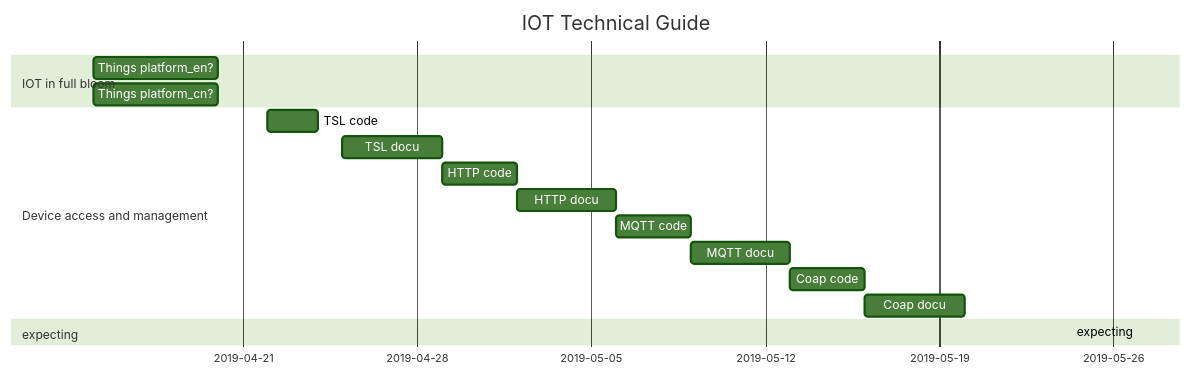
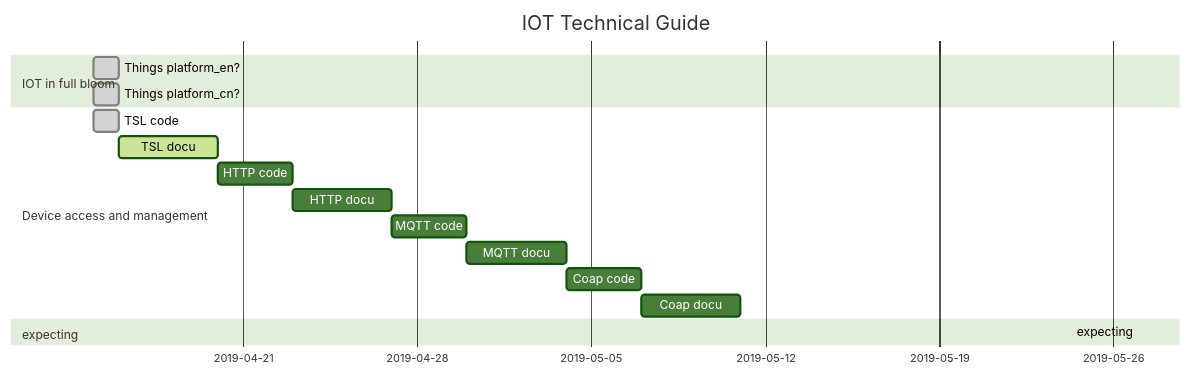
Before and after one commit to IoT-Technology/IoT-Technical-Guide: the diagram in doc/gantt_en.md, drawn with Mermaid (forest theme). The commit also changed 4 other files, not shown here.

````diff
--- a/doc/gantt_en.md
+++ b/doc/gantt_en.md
@@ -1,27 +1,27 @@
 ```mermaid
 gantt
 	dateFormat YYYY-MM-DD
 	title IOT Technical Guide
 	
 	section IOT in full bloom
-	Things platform_en?    :    des1, 2019-04-15,2019-04-20
-	Things platform_cn?    :    des1, 2019-04-15,2019-04-20
+	Things platform_en?    :done,    des1, 2019-04-15,2019-04-16
+	Things platform_cn?    :done,    des1, 2019-04-15,2019-04-16
 	
 	section Device access and management
-    TSL code               :    des1, 2019-04-22,2019-04-24
-    TSL docu               :    des2, 2019-04-25, 4d
+    TSL code               :done,    des1, 2019-04-15,2019-04-16
+    TSL docu               :active,    des2, 2019-04-16, 4d
     HTTP code              :    des3, after des2, 3d
     HTTP docu              :    des4, after des3, 4d
     MQTT code              :    des5, after des4, 3d
     MQTT docu              :    des6, after des5, 4d
     Coap code              :    des7, after des6, 3d
     Coap docu              :    des8, after des7, 4d
     
     section expecting
     expecting			   :    des1, 2019-05-27,2019-6-02
-    
+
 	
 	
 	
     
 ```
````
